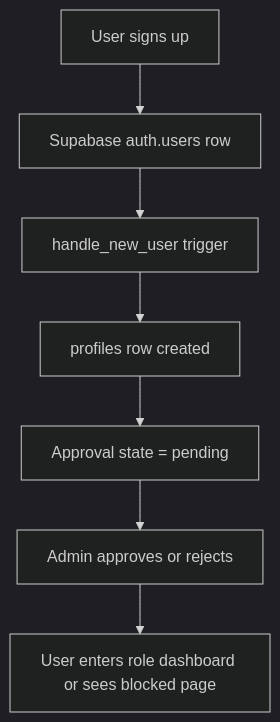
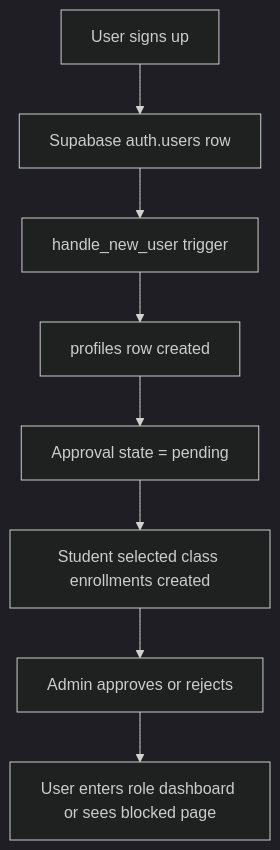
The fourth of 7 diagrams in docs/system-overview.md (Miryldeleon/Kora-Thryve-Co), drawn with Mermaid (dark theme) before and after one commit. The commit also changed other lines of this file and 25 other files, not shown here.

````diff
--- a/docs/system-overview.md
+++ b/docs/system-overview.md
@@ -399,17 +407,19 @@
 ```mermaid
 flowchart TD
   A[User signs up]
   B[Supabase auth.users row]
   C[handle_new_user trigger]
   D[profiles row created]
   E[Approval state = pending]
-  F[Admin approves or rejects]
-  G[User enters role dashboard or sees blocked page]
+  F[Student selected class enrollments created]
+  G[Admin approves or rejects]
+  H[User enters role dashboard or sees blocked page]
 
   A --> B
   B --> C
   C --> D
   D --> E
   E --> F
   F --> G
+  G --> H
 ```
````
